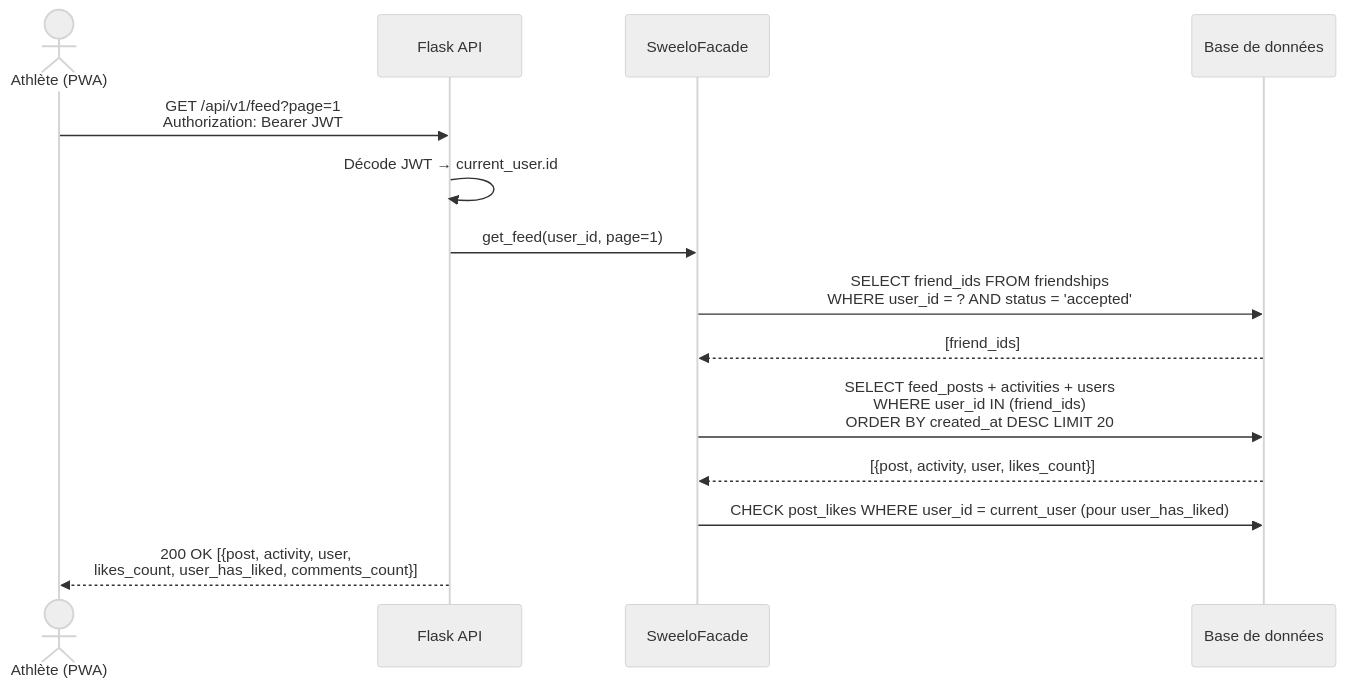
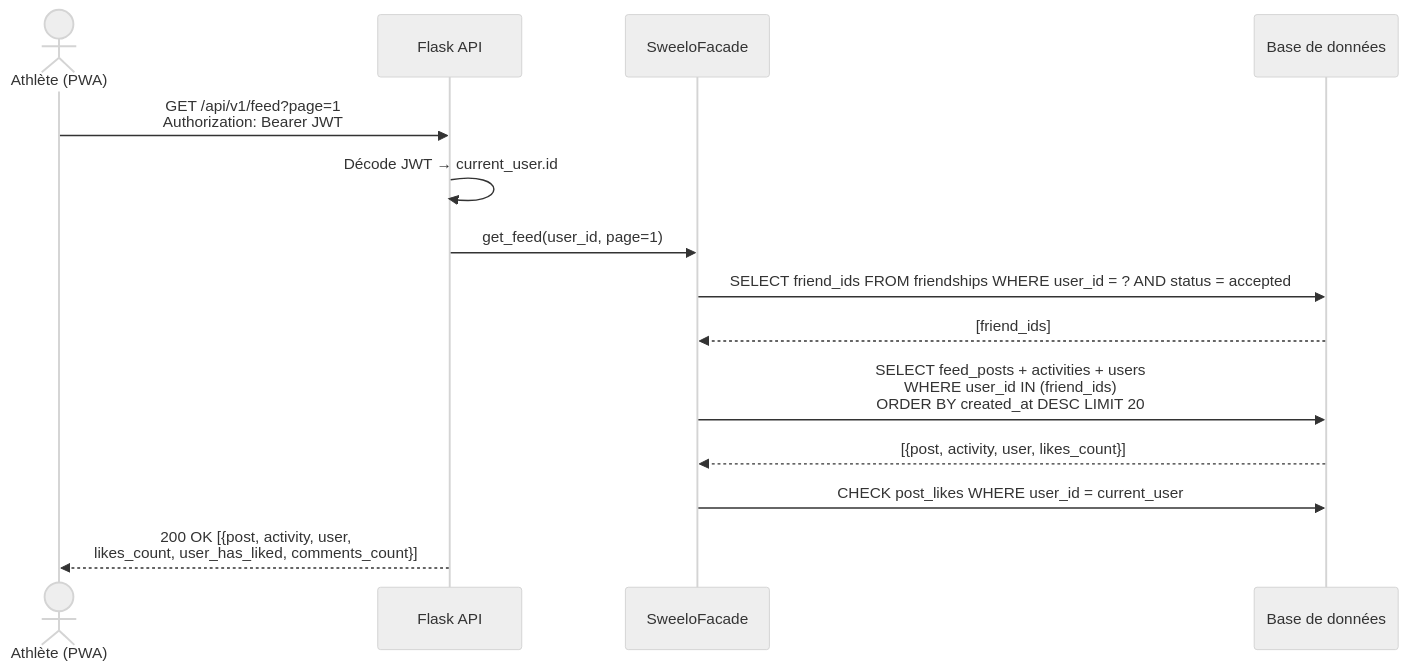
The seventh of 10 diagrams in README.md (arthurmoulard/Sweelo_APP), drawn with Mermaid (neutral theme) before and after one commit. The commit also changed other lines of this file, not shown here.

Commit message:
docs: enhance README with content moderation details, including OpenAI API integration and user stories

````diff
--- a/README.md
+++ b/README.md
@@ -412,17 +459,17 @@
 ```mermaid
 sequenceDiagram
     actor U as Athlète (PWA)
     participant API as Flask API
     participant F as SweeloFacade
     participant DB as Base de données
 
     U->>API: GET /api/v1/feed?page=1<br/>Authorization: Bearer JWT
     API->>API: Décode JWT → current_user.id
     API->>F: get_feed(user_id, page=1)
-    F->>DB: SELECT friend_ids FROM friendships<br/>WHERE user_id = ? AND status = 'accepted'
+    F->>DB: SELECT friend_ids FROM friendships WHERE user_id = ? AND status = accepted
     DB-->>F: [friend_ids]
     F->>DB: SELECT feed_posts + activities + users<br/>WHERE user_id IN (friend_ids)<br/>ORDER BY created_at DESC LIMIT 20
     DB-->>F: [{post, activity, user, likes_count}]
-    F->>DB: CHECK post_likes WHERE user_id = current_user (pour user_has_liked)
+    F->>DB: CHECK post_likes WHERE user_id = current_user
     API-->>U: 200 OK [{post, activity, user,<br/>likes_count, user_has_liked, comments_count}]
 ```
````
